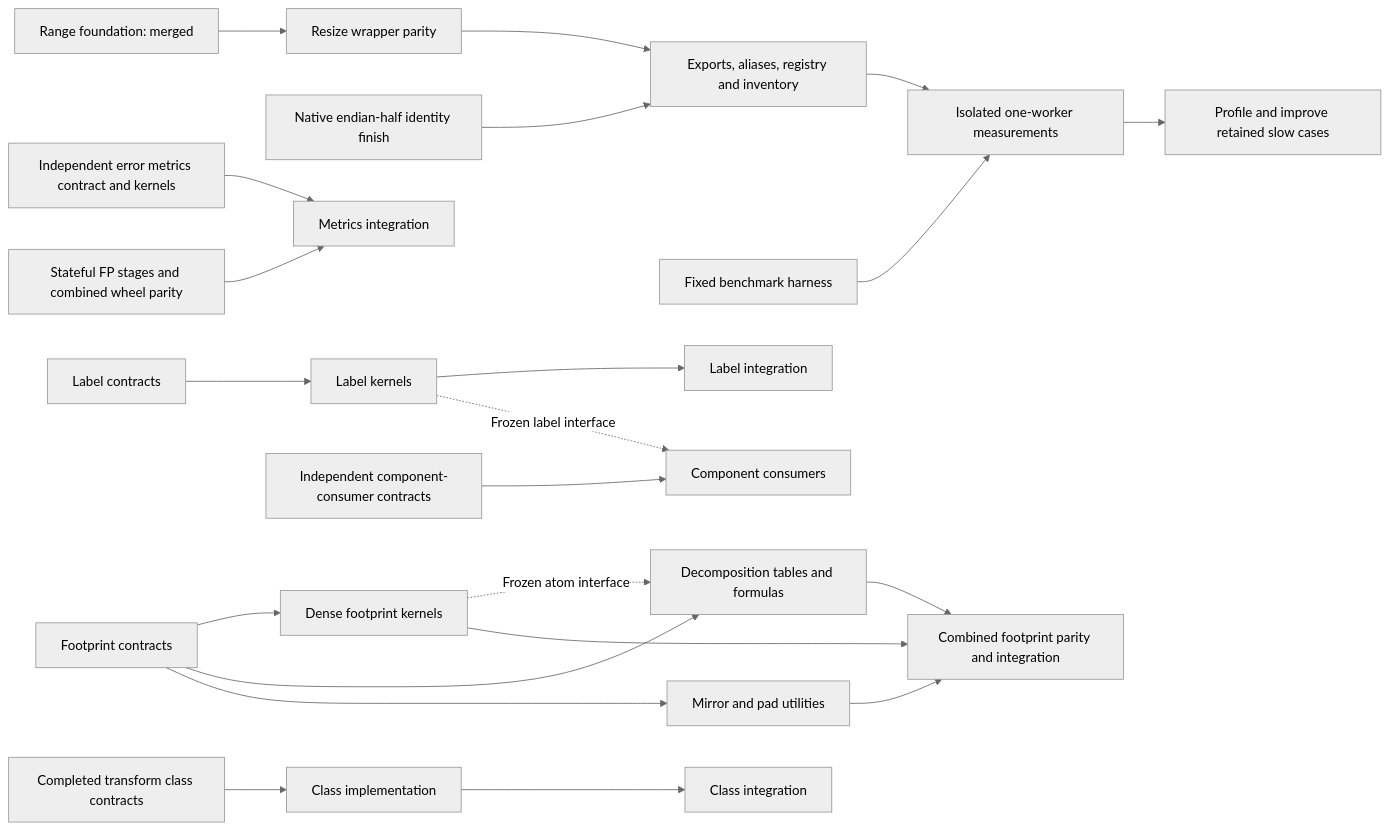
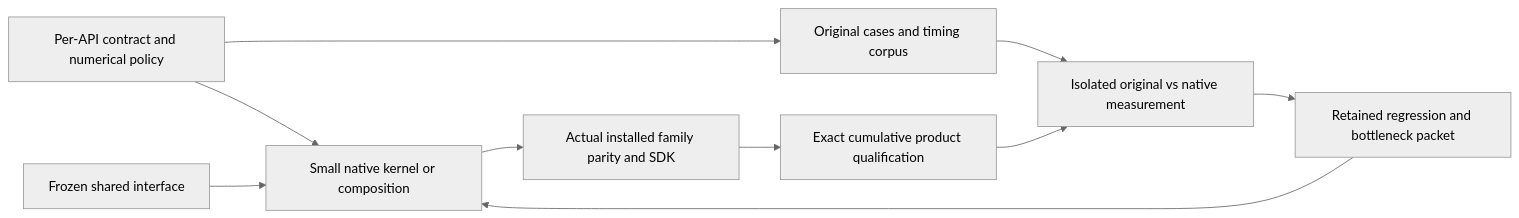
One commit to bipxx/scikit-imagexx changed the diagram in coverage/EXECUTION_PLAN.md. Above: the diagram before and after it, drawn with Mermaid (neutral theme). The commit also changed other lines of this file and 5 other files, not shown here.

````diff
--- a/coverage/EXECUTION_PLAN.md
+++ b/coverage/EXECUTION_PLAN.md
@@ -197,22 +205,12 @@
 ```mermaid
 flowchart LR
-    R[Range foundation: merged] --> A[Resize wrapper parity]
-    F[Native endian-half identity finish] --> I
-    A --> I[Exports, aliases, registry and inventory]
-    H[Fixed benchmark harness] --> B[Isolated one-worker measurements]
-    I --> B
-    B --> T[Profile and improve retained slow cases]
-    M[Independent error metrics contract and kernels] --> MI[Metrics integration]
-    MC[Stateful FP stages and combined wheel parity] --> MI
-    L[Label contracts] --> LK[Label kernels] --> LI[Label integration]
-    LC[Independent component-consumer contracts] --> CC[Component consumers]
-    LK -. Frozen label interface .-> CC
-    P[Footprint contracts] --> PK[Dense footprint kernels]
-    P --> D[Decomposition tables and formulas]
-    PK -. Frozen atom interface .-> D
-    P --> U[Mirror and pad utilities]
-    PK --> PI[Combined footprint parity and integration]
-    D --> PI
-    U --> PI
-    C[Completed transform class contracts] --> CK[Class implementation] --> CI[Class integration]
+    A[Per-API contract and numerical policy] --> K[Small native kernel or composition]
+    A --> H[Original cases and timing corpus]
+    S[Frozen shared interface] --> K
+    K --> P[Actual installed family parity and SDK]
+    P --> Q[Exact cumulative product qualification]
+    H --> M[Isolated original vs native measurement]
+    Q --> M
+    M --> R[Retained regression and bottleneck packet]
+    R --> K
 ```
````
